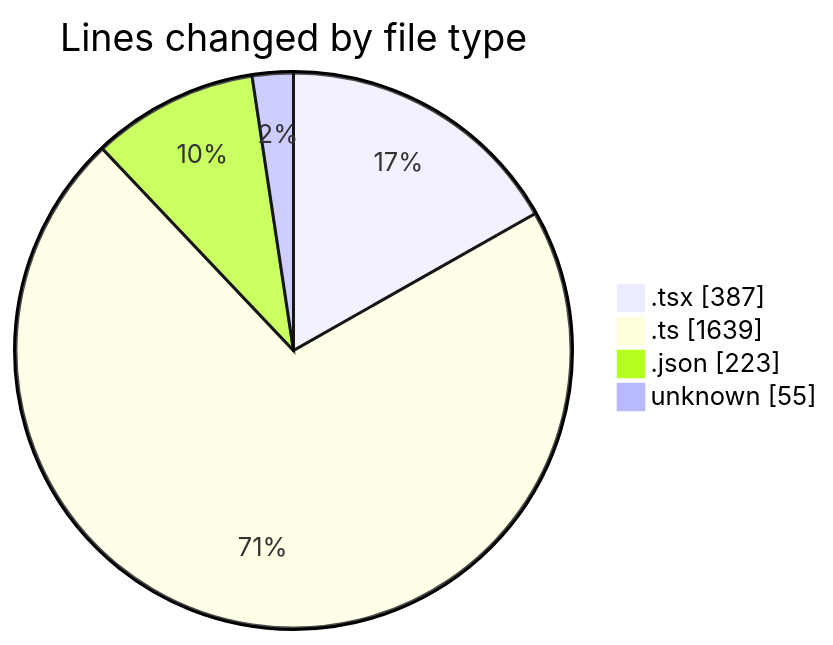
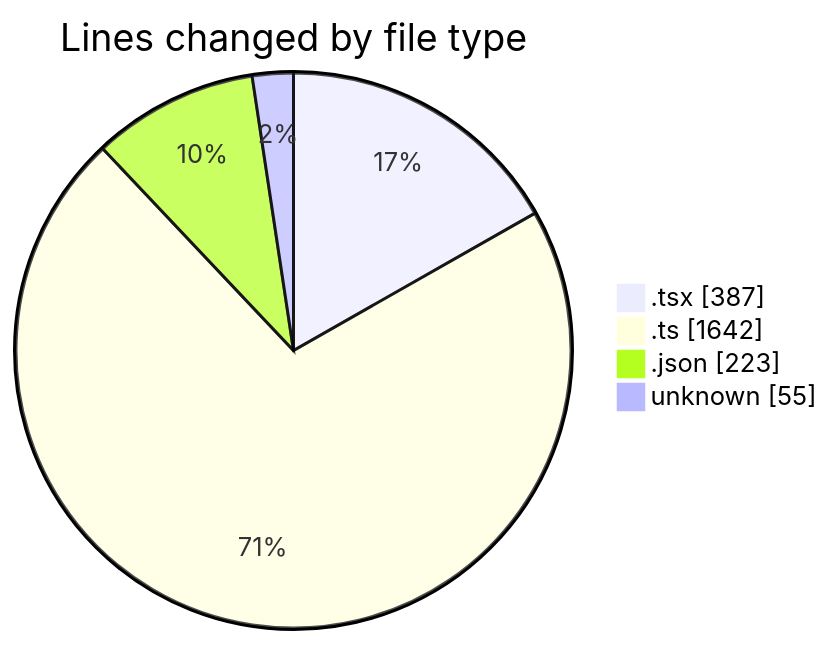
Before and after one commit to momahboobian/code-tracking: the first of 2 diagrams in 2025-10-21/cda/README.md, drawn with Mermaid. The commit also changed other lines of this file and 1 other file, not shown here.

````diff
--- a/2025-10-21/cda/README.md
+++ b/2025-10-21/cda/README.md
@@ -30,8 +30,8 @@
 ```mermaid
 pie showData
 title Lines changed by file type
 ".tsx" : 387
-".ts" : 1639
+".ts" : 1642
 ".json" : 223
 "unknown" : 55
 ```
````
